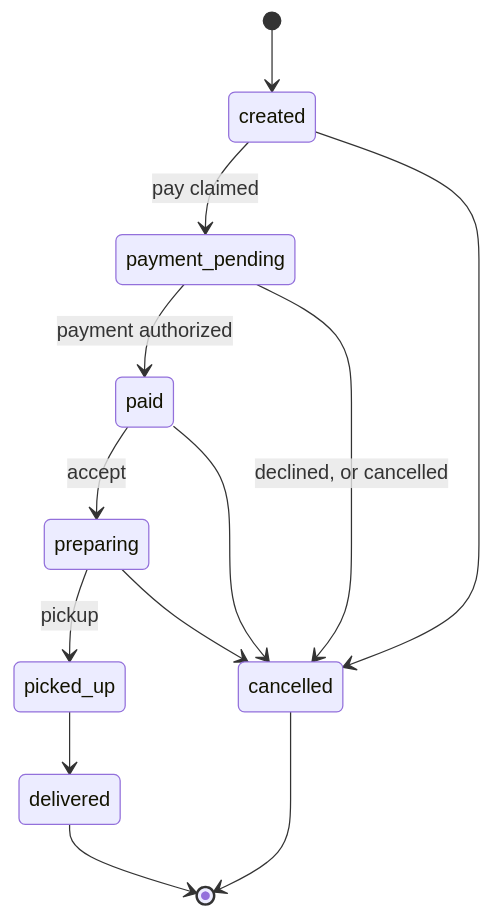
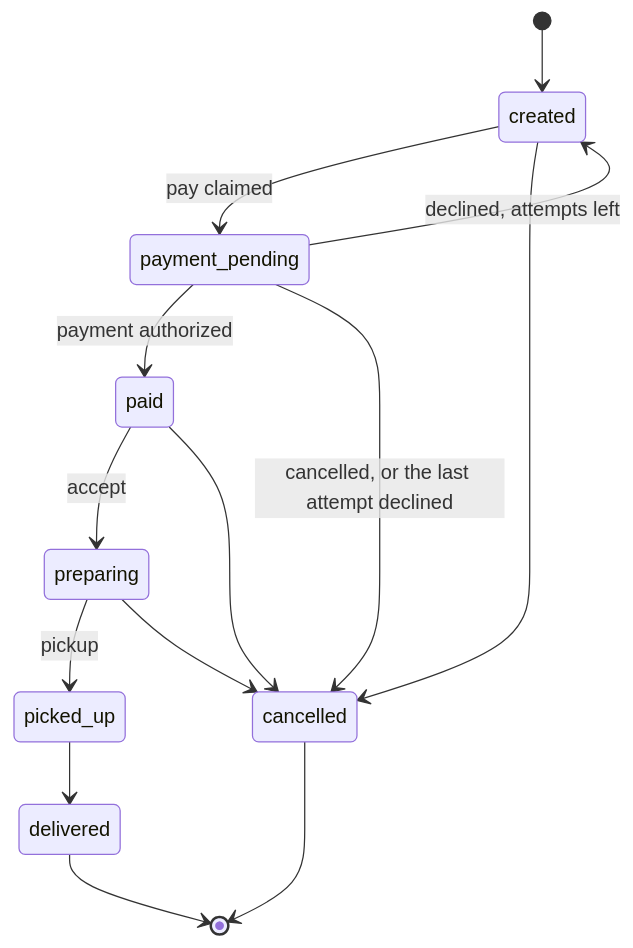
Before and after one commit to vishalsaik/Swiftdrop: the second of 7 diagrams in docs/PAYMENT_FLOW.md, drawn with Mermaid. The commit also changed other lines of this file and 2 other files, not shown here.

First line of the commit message:
Document payment retries

````diff
--- a/docs/PAYMENT_FLOW.md
+++ b/docs/PAYMENT_FLOW.md
@@ -68,15 +68,16 @@
 ```mermaid
 stateDiagram-v2
   [*] --> created
   created --> payment_pending: pay claimed
   created --> cancelled
   payment_pending --> paid: payment authorized
-  payment_pending --> cancelled: declined, or cancelled
+  payment_pending --> created: declined, attempts left
+  payment_pending --> cancelled: cancelled, or the last attempt declined
   paid --> preparing: accept
   paid --> cancelled
   preparing --> picked_up: pickup
   preparing --> cancelled
   picked_up --> delivered
   delivered --> [*]
   cancelled --> [*]
 ```
````
